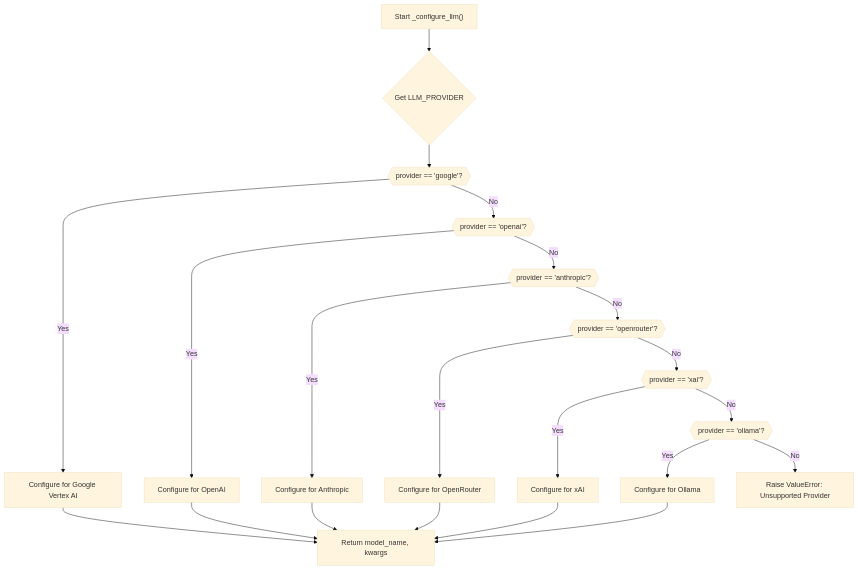
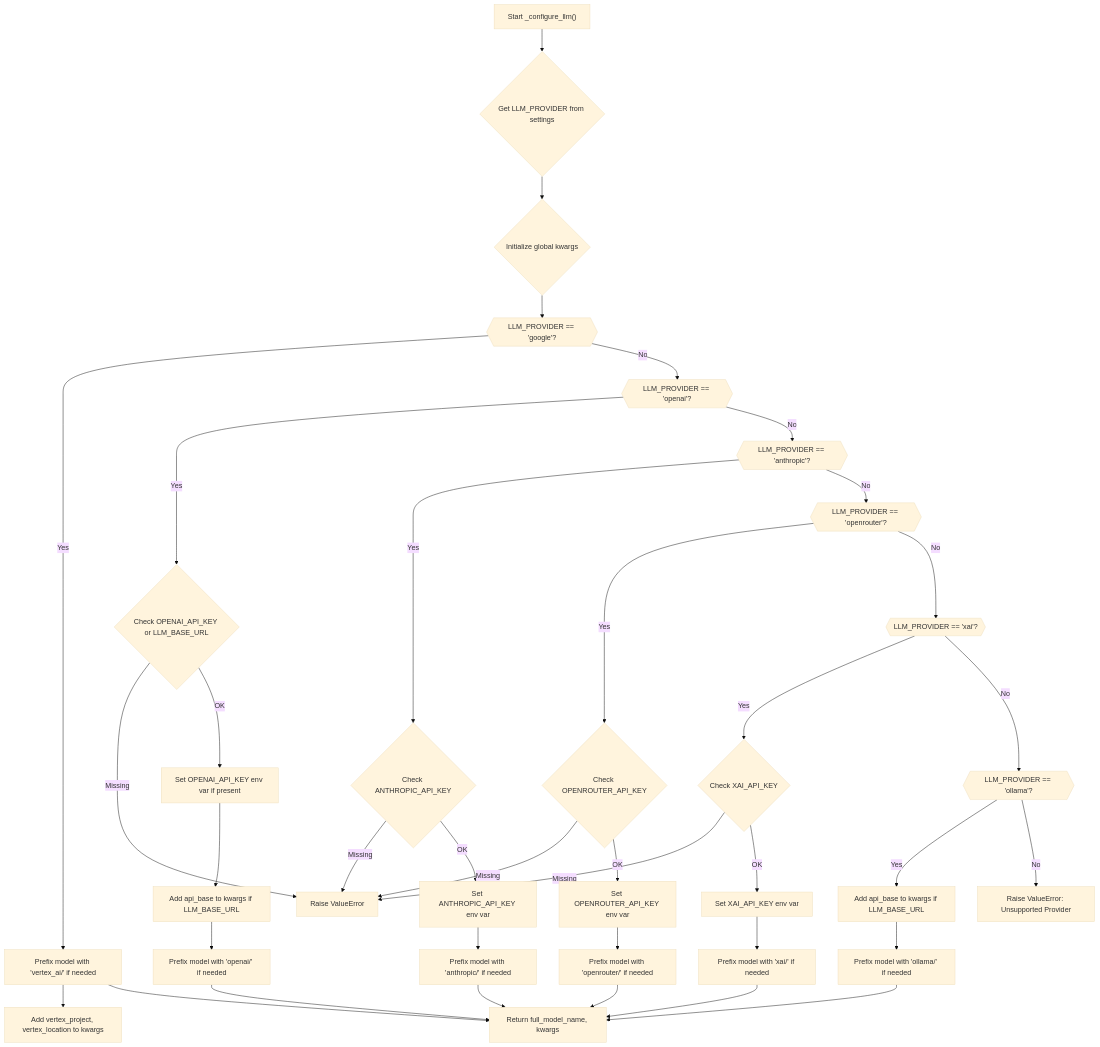
Before and after one commit to catuscio/wiki-as-readme: diagram 11 of 24 in examples/wiki_as_README.md, drawn with Mermaid (base theme). The commit also changed other lines of this file, not shown here.

````diff
--- a/examples/wiki_as_README.md
+++ b/examples/wiki_as_README.md
@@ -718,24 +1527,40 @@
 ```mermaid
-graph TD
-    A["Start _configure_llm()"] --> B{"Get LLM_PROVIDER"};
-    B --> C{{"provider == 'google'?"}};
-    C -- "Yes" --> D["Configure for Google Vertex AI"];
-    C -- "No" --> E{{"provider == 'openai'?"}};
-    E -- "Yes" --> F["Configure for OpenAI"];
-    E -- "No" --> G{{"provider == 'anthropic'?"}};
-    G -- "Yes" --> H["Configure for Anthropic"];
-    G -- "No" --> I{{"provider == 'openrouter'?"}};
-    I -- "Yes" --> J["Configure for OpenRouter"];
-    I -- "No" --> K{{"provider == 'xai'?"}};
-    K -- "Yes" --> L["Configure for xAI"];
-    K -- "No" --> M{{"provider == 'ollama'?"}};
-    M -- "Yes" --> N["Configure for Ollama"];
-    M -- "No" --> O["Raise ValueError: Unsupported Provider"];
+flowchart TD
+    A["Start _configure_llm()"] --> B{"Get LLM_PROVIDER from settings"};
+    B --> C{"Initialize global kwargs"};
+    C --> D{{"LLM_PROVIDER == 'google'?"}};
+    D -- "Yes" --> E["Prefix model with 'vertex_ai/' if needed"];
+    E --> F["Add vertex_project, vertex_location to kwargs"];
+    D -- "No" --> G{{"LLM_PROVIDER == 'openai'?"}};
+    G -- "Yes" --> H{"Check OPENAI_API_KEY or LLM_BASE_URL"};
+    H -- "Missing" --> I["Raise ValueError"];
+    H -- "OK" --> J["Set OPENAI_API_KEY env var if present"];
+    J --> K["Add api_base to kwargs if LLM_BASE_URL"];
+    K --> L["Prefix model with 'openai/' if needed"];
+    G -- "No" --> M{{"LLM_PROVIDER == 'anthropic'?"}};
+    M -- "Yes" --> N{"Check ANTHROPIC_API_KEY"};
+    N -- "Missing" --> I;
+    N -- "OK" --> O["Set ANTHROPIC_API_KEY env var"];
+    O --> P["Prefix model with 'anthropic/' if needed"];
+    M -- "No" --> Q{{"LLM_PROVIDER == 'openrouter'?"}};
+    Q -- "Yes" --> R{"Check OPENROUTER_API_KEY"};
+    R -- "Missing" --> I;
+    R -- "OK" --> S["Set OPENROUTER_API_KEY env var"];
+    S --> T["Prefix model with 'openrouter/' if needed"];
+    Q -- "No" --> U{{"LLM_PROVIDER == 'xai'?"}};
+    U -- "Yes" --> V{"Check XAI_API_KEY"};
+    V -- "Missing" --> I;
+    V -- "OK" --> W["Set XAI_API_KEY env var"];
+    W --> X["Prefix model with 'xai/' if needed"];
+    U -- "No" --> Y{{"LLM_PROVIDER == 'ollama'?"}};
+    Y -- "Yes" --> Z["Add api_base to kwargs if LLM_BASE_URL"];
+    Z --> AA["Prefix model with 'ollama/' if needed"];
+    Y -- "No" --> AB["Raise ValueError: Unsupported Provider"];
 
-    D --> P["Return model_name, kwargs"];
-    F --> P;
-    H --> P;
-    J --> P;
-    L --> P;
-    N --> P;
+    E --> AC["Return full_model_name, kwargs"];
+    L --> AC;
+    P --> AC;
+    T --> AC;
+    X --> AC;
+    AA --> AC;
 ```
````
